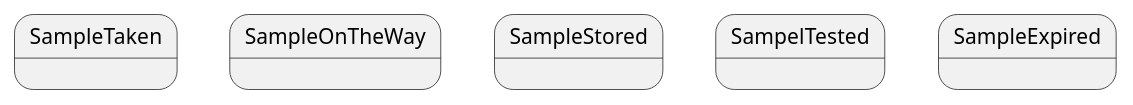
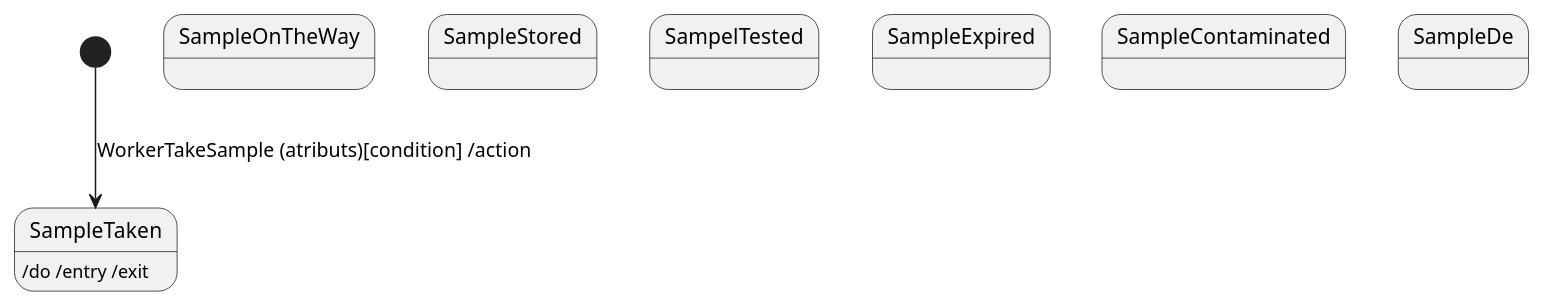
Before and after one commit to Bezobsahu/MyMasterDegree: the third of 4 diagrams in FirstSemester/UML.md, drawn with PlantUML. The commit also changed other lines of this file and 1 other file, not shown here.

````diff
--- a/FirstSemester/UML.md
+++ b/FirstSemester/UML.md
@@ -110,8 +110,15 @@
 ```PlantUml
-State SampleTaken
+
+State SampleTaken :/do /entry /exit
 State SampleOnTheWay
 State SampleStored
 State SampelTested
 State SampleExpired
+State SampleContaminated
+State SampleDe
+
+[*] --> SampleTaken : WorkerTakeSample (atributs)[condition] /action
+
+
 
 ```
````
